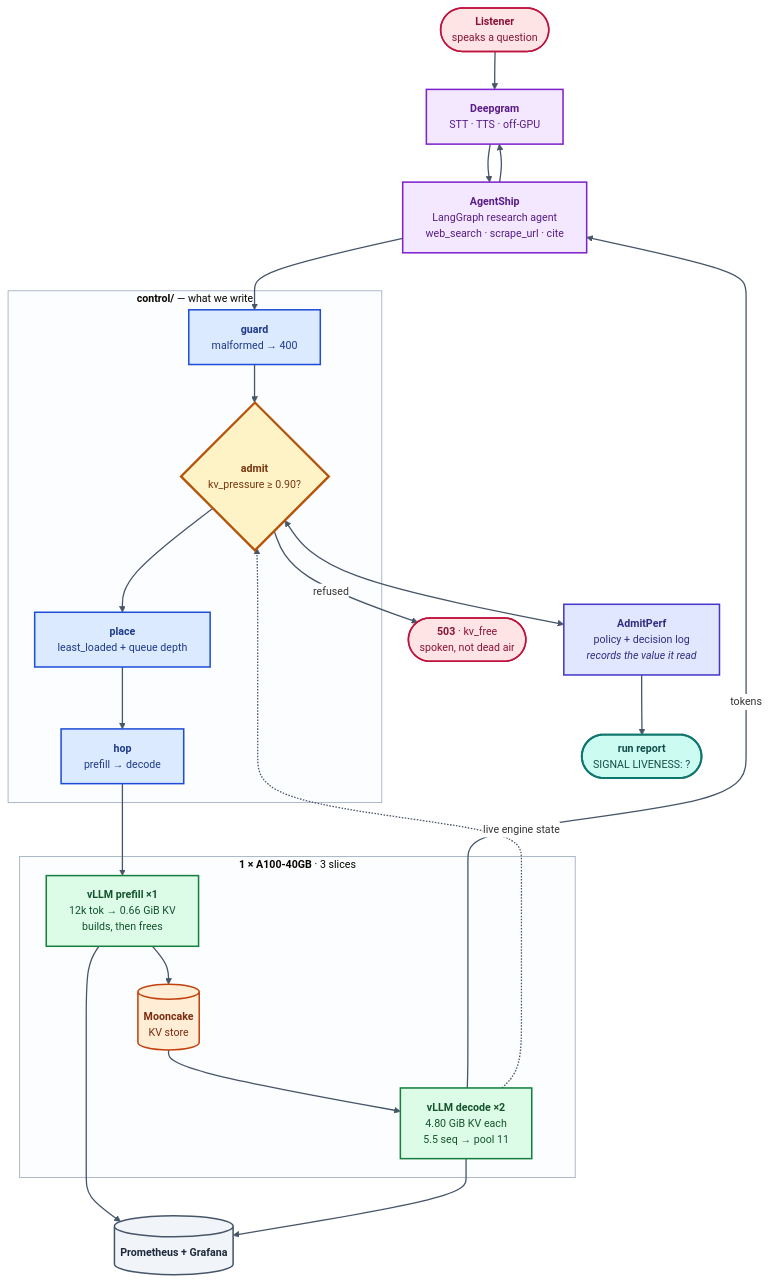
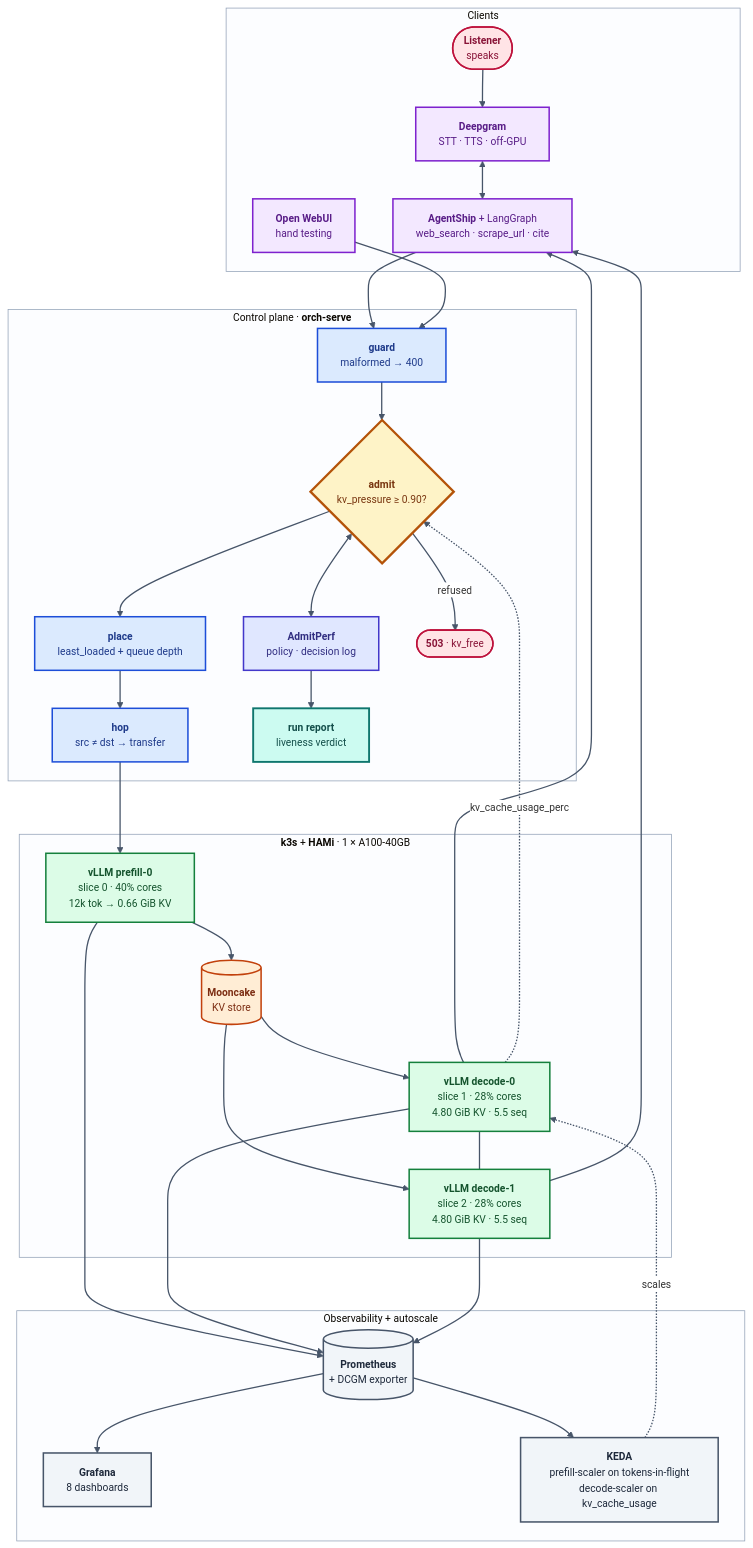
Before and after one commit to harshuljain13/Dodona: the diagram in README.md, drawn with Mermaid. The commit also changed other lines of this file, not shown here.

First paragraph of the commit message:
docs: one diagram that shows the whole stack, rendered and checked
Everything that was missing is in it, and every box is a thing that exists in
cluster/k8s:

````diff
--- a/README.md
+++ b/README.md
@@ -41,63 +41,81 @@
 ```mermaid
 %%{init: {'theme':'base','themeVariables':{
-  'fontFamily':'Helvetica, Arial, sans-serif','fontSize':'14px',
+  'fontFamily':'Helvetica, Arial, sans-serif','fontSize':'13.5px',
   'lineColor':'#475569','clusterBkg':'#fcfdff','clusterBorder':'#94a3b8',
   'edgeLabelBackground':'#ffffff'}}}%%
 flowchart TD
-    L(["<b>Listener</b><br/>speaks a question"])
-    DG["<b>Deepgram</b><br/>STT · TTS · off-GPU"]
-    AG["<b>AgentShip</b><br/>LangGraph research agent<br/>web_search · scrape_url · cite"]
-
-    subgraph CP["<b>control/</b> — what we write"]
-        GD["<b>guard</b><br/>malformed → 400"]
-        AD{"<b>admit</b><br/>kv_pressure ≥ 0.90?"}
-        PL["<b>place</b><br/>least_loaded + queue depth"]
-        HP["<b>hop</b><br/>prefill → decode"]
-        GD --> AD --> PL --> HP
+    subgraph CL["Clients"]
+      L(["<b>Listener</b><br/>speaks"])
+      DG["<b>Deepgram</b><br/>STT · TTS · off-GPU"]
+      AG["<b>AgentShip</b> + LangGraph<br/>web_search · scrape_url · cite"]
+      UI["<b>Open WebUI</b><br/>hand testing"]
+      L --> DG
+      DG <--> AG
     end
 
-    AP["<b>AdmitPerf</b><br/>policy + decision log<br/><i>records the value it read</i>"]
-    RF(["<b>503</b> · kv_free<br/>spoken, not dead air"])
-
-    subgraph GPU["<b>1 × A100-40GB</b> · 3 slices"]
-        PF["<b>vLLM prefill ×1</b><br/>12k tok → 0.66 GiB KV<br/>builds, then frees"]
-        MC[("<b>Mooncake</b><br/>KV store")]
-        DC["<b>vLLM decode ×2</b><br/>4.80 GiB KV each<br/>5.5 seq → pool 11"]
-        PF --> MC --> DC
+    subgraph GW["Control plane · <b>orch-serve</b>"]
+      GD["<b>guard</b><br/>malformed → 400"]
+      AD{"<b>admit</b><br/>kv_pressure ≥ 0.90?"}
+      PL["<b>place</b><br/>least_loaded + queue depth"]
+      HP["<b>hop</b><br/>src ≠ dst → transfer"]
+      GD --> AD --> PL --> HP
+      AP["<b>AdmitPerf</b><br/>policy · decision log"]
+      RF(["<b>503</b> · kv_free"])
+      RP["<b>run report</b><br/>liveness verdict"]
     end
 
-    OB[("<b>Prometheus + Grafana</b>")]
-    RP(["<b>run report</b><br/>SIGNAL LIVENESS: ?"])
 
-    L --> DG --> AG --> GD
+    subgraph K8S["<b>k3s</b> + <b>HAMi</b> · 1 × A100-40GB"]
+      PF["<b>vLLM prefill-0</b><br/>slice 0 · 40% cores<br/>12k tok → 0.66 GiB KV"]
+      MC[("<b>Mooncake</b><br/>KV store")]
+      D0["<b>vLLM decode-0</b><br/>slice 1 · 28% cores<br/>4.80 GiB KV · 5.5 seq"]
+      D1["<b>vLLM decode-1</b><br/>slice 2 · 28% cores<br/>4.80 GiB KV · 5.5 seq"]
+      PF --> MC
+      MC --> D0
+      MC --> D1
+      D0 ~~~ D1
+    end
+
+    subgraph OPS["Observability + autoscale"]
+      PM[("<b>Prometheus</b><br/>+ DCGM exporter")]
+      GF["<b>Grafana</b><br/>8 dashboards"]
+      KD["<b>KEDA</b><br/>prefill-scaler on tokens-in-flight<br/>decode-scaler on kv_cache_usage"]
+      PM --> GF
+      PM --> KD
+    end
+
+    AG --> GD
+    UI --> GD
     HP --> PF
-    DC -->|"tokens"| AG
-    AG --> DG
+    D0 --> AG
+    D1 --> AG
     AD -->|"refused"| RF
     AD <--> AP
     AP --> RP
-    DC -.->|"live engine state"| AD
-    PF --> OB
-    DC --> OB
+    D0 -.->|"kv_cache_usage_perc"| AD
+    PF --> PM
+    D0 --> PM
+    D1 --> PM
+    KD -.->|"scales"| D0
 
     class L,RF actor
-    class DG,AG ext
+    class DG,AG,UI ext
     class GD,PL,HP ours
     class AD gate
-    class PF,DC engine
+    class PF,D0,D1 engine
     class MC store
     class AP lib
-    class OB obs
+    class PM,GF,KD obs
     class RP out
 
     classDef actor  fill:#ffe4e6,stroke:#be123c,stroke-width:2px,color:#881337
     classDef ext    fill:#f3e8ff,stroke:#7e22ce,stroke-width:2px,color:#581c87
     classDef ours   fill:#dbeafe,stroke:#1d4ed8,stroke-width:2px,color:#1e3a8a
     classDef gate   fill:#fef3c7,stroke:#b45309,stroke-width:3px,color:#78350f
     classDef engine fill:#dcfce7,stroke:#15803d,stroke-width:2px,color:#14532d
     classDef store  fill:#ffedd5,stroke:#c2410c,stroke-width:2px,color:#7c2d12
     classDef lib    fill:#e0e7ff,stroke:#4338ca,stroke-width:2px,color:#312e81
     classDef obs    fill:#f1f5f9,stroke:#475569,stroke-width:2px,color:#1e293b
     classDef out    fill:#ccfbf1,stroke:#0f766e,stroke-width:2.5px,color:#134e4a
     linkStyle default stroke:#475569,stroke-width:1.7px
 ```
````
